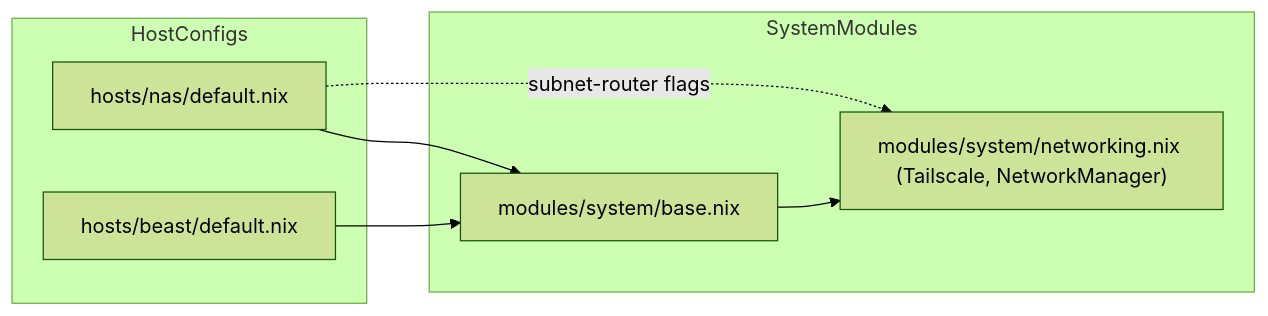
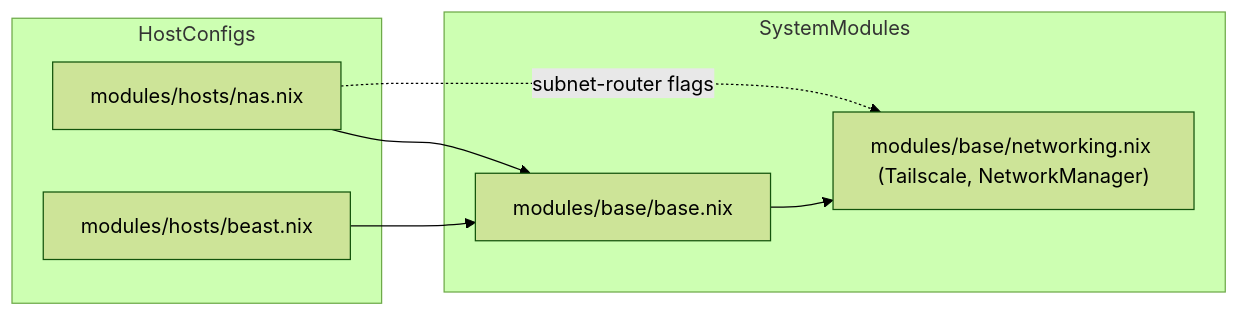
Before and after one commit to Cody-W-Tucker/nix-config: the first of 2 diagrams in docs/Networking-and-VPN.md, drawn with Mermaid (forest theme). The commit also changed other lines of this file and 35 other files, not shown here.

````diff
--- a/docs/Networking-and-VPN.md
+++ b/docs/Networking-and-VPN.md
@@ -40,15 +40,15 @@
 ```mermaid
 flowchart LR
     subgraph HostConfigs
-        NAS["hosts/nas/default.nix"]
-        BEAST["hosts/beast/default.nix"]
+        NAS["modules/hosts/nas.nix"]
+        BEAST["modules/hosts/beast.nix"]
     end
     subgraph SystemModules
-        BASE["modules/system/base.nix"]
-        NET["modules/system/networking.nix (Tailscale, NetworkManager)"]
+        BASE["modules/base/base.nix"]
+        NET["modules/base/networking.nix (Tailscale, NetworkManager)"]
     end
     BASE --> NET
     NAS --> BASE
     BEAST --> BASE
     NAS -.->|"subnet-router flags"| NET
 ```
````
